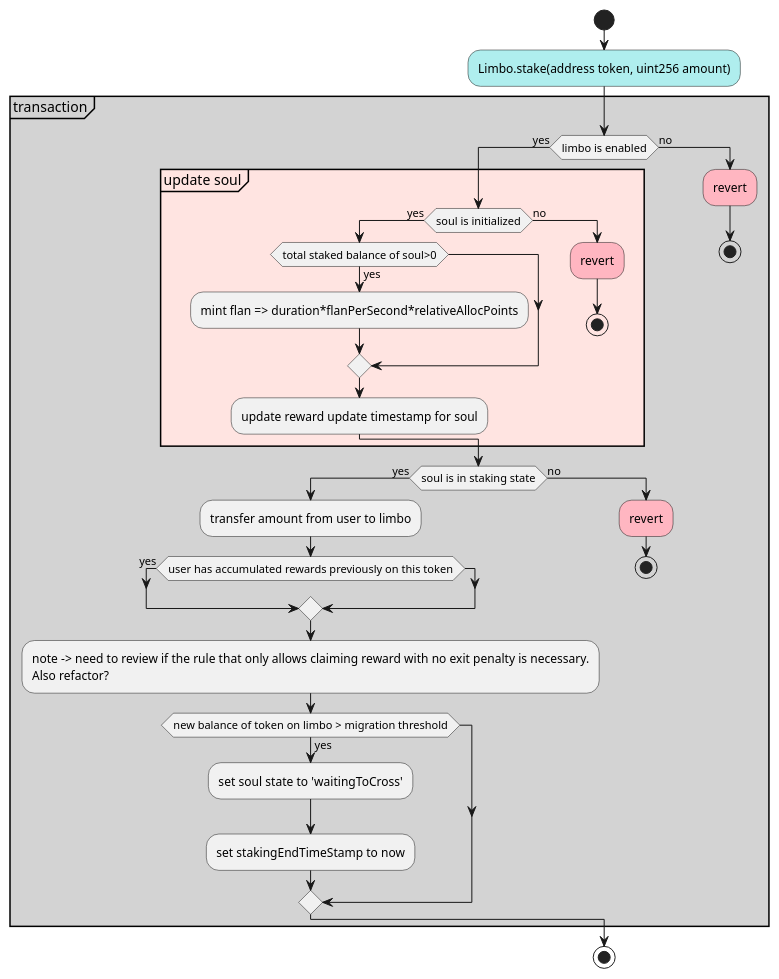
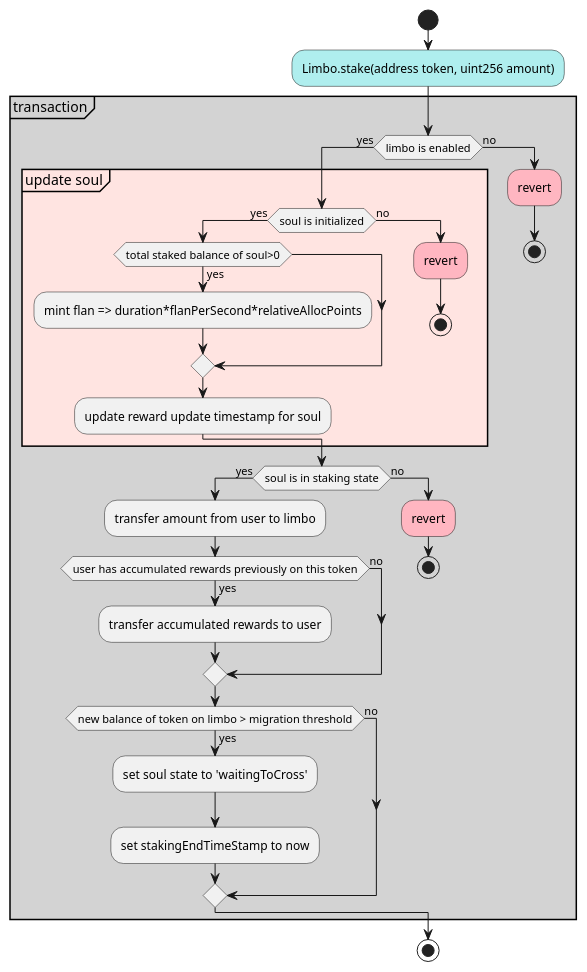
One commit to Behodler/limbo changed the diagram in documentation/Limbo/stake.plantUML. Above: the diagram before and after it, drawn with PlantUML. The commit also changed 6 other files, not shown here.

Commit message:
updated stake activity diagram and accounted for machine discrepencies in test

```diff
--- a/documentation/Limbo/stake.plantUML
+++ b/documentation/Limbo/stake.plantUML
@@ -1,39 +1,41 @@
 @startuml
 start
 #PaleTurquoise:Limbo.stake(address token, uint256 amount);
 partition #LightGrey "transaction"{
     if(limbo is enabled) then(yes)
         partition #MistyRose "update soul"{
             if(soul is initialized) then (yes)
                 if(total staked balance of soul>0) then(yes)
                     :mint flan => duration*flanPerSecond*relativeAllocPoints;
                 endif
                 :update reward update timestamp for soul;
             else (no)
                 #lightpink:revert;
                 stop
             endif
         }
         if(soul is in staking state) then (yes)
             'main sequence
             :transfer amount from user to limbo;
             if(user has accumulated rewards previously on this token) then (yes)
+                :transfer accumulated rewards to user;
+            else(no)
+
             endif
-            :note -> need to review if the rule that only allows claiming reward with no exit penalty is necessary.
-            Also refactor? ;
             if (new balance of token on limbo > migration threshold) then (yes)
                 :set soul state to 'waitingToCross';
                 :set stakingEndTimeStamp to now;
+            else (no)
             endif
 
         else (no)
             #lightpink:revert;
             stop
         endif
     else (no)
         #lightpink:revert;
         stop
     endif
 }
 stop
 @enduml
```
